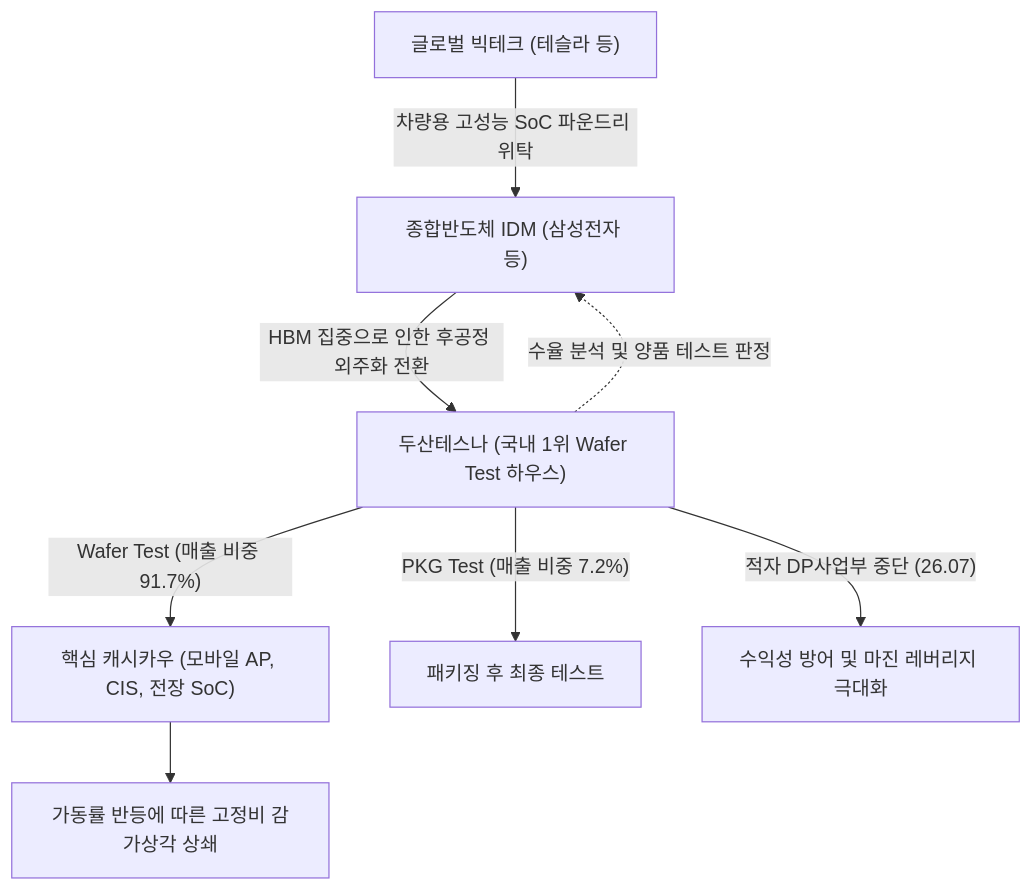
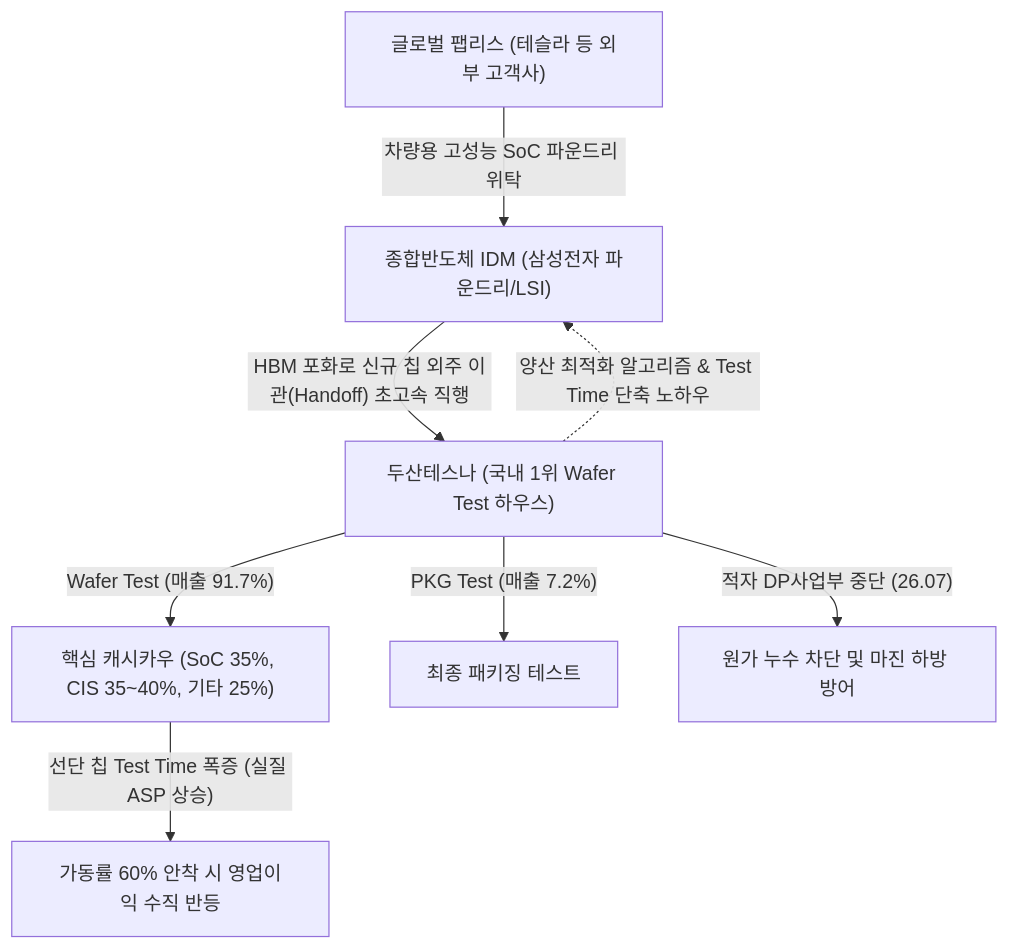
One commit to eve830521-cmd/my-skill changed the diagram in Stock_Research/두산테스나/3_Final_Reports/Phase1_Report.md. Above: the diagram before and after it, drawn with Mermaid. The commit also changed other lines of this file and 62 other files, not shown here.

````diff
--- a/Stock_Research/두산테스나/3_Final_Reports/Phase1_Report.md
+++ b/Stock_Research/두산테스나/3_Final_Reports/Phase1_Report.md
@@ -17,10 +25,10 @@
 ```mermaid
 graph TD
-    A["종합반도체 IDM (삼성전자 등)"] -->|"HBM 집중으로 인한 후공정 외주화 전환"| B["두산테스나 (국내 1위 Wafer Test 하우스)"]
-    T["글로벌 빅테크 (테슬라 등)"] -->|"차량용 고성능 SoC 파운드리 위탁"| A
-    B -. "수율 분석 및 양품 테스트 판정" .-> A
-    B -->|"Wafer Test (매출 비중 91.7%)"| C["핵심 캐시카우 (모바일 AP, CIS, 전장 SoC)"]
-    B -->|"PKG Test (매출 비중 7.2%)"| D["패키징 후 최종 테스트"]
-    B -->|"적자 DP사업부 중단 (26.07)"| E["수익성 방어 및 마진 레버리지 극대화"]
-    C --> F["가동률 반등에 따른 고정비 감가상각 상쇄"]
+    A["종합반도체 IDM (삼성전자 파운드리/LSI)"] -->|"HBM 포화로 신규 칩 외주 이관(Handoff) 초고속 직행"| B["두산테스나 (국내 1위 Wafer Test 하우스)"]
+    T["글로벌 팹리스 (테슬라 등 외부 고객사)" ] -->|"차량용 고성능 SoC 파운드리 위탁"| A
+    B -. "양산 최적화 알고리즘 & Test Time 단축 노하우" .-> A
+    B -->|"Wafer Test (매출 91.7%)"| C["핵심 캐시카우 (SoC 35%, CIS 35~40%, 기타 25%)"]
+    B -->|"PKG Test (매출 7.2%)"| D["최종 패키징 테스트"]
+    B -->|"적자 DP사업부 중단 (26.07)"| E["원가 누수 차단 및 마진 하방 방어"]
+    C -->|"선단 칩 Test Time 폭증 (실질 ASP 상승)"| F["가동률 60% 안착 시 영업이익 수직 반등"]
 ```
````
